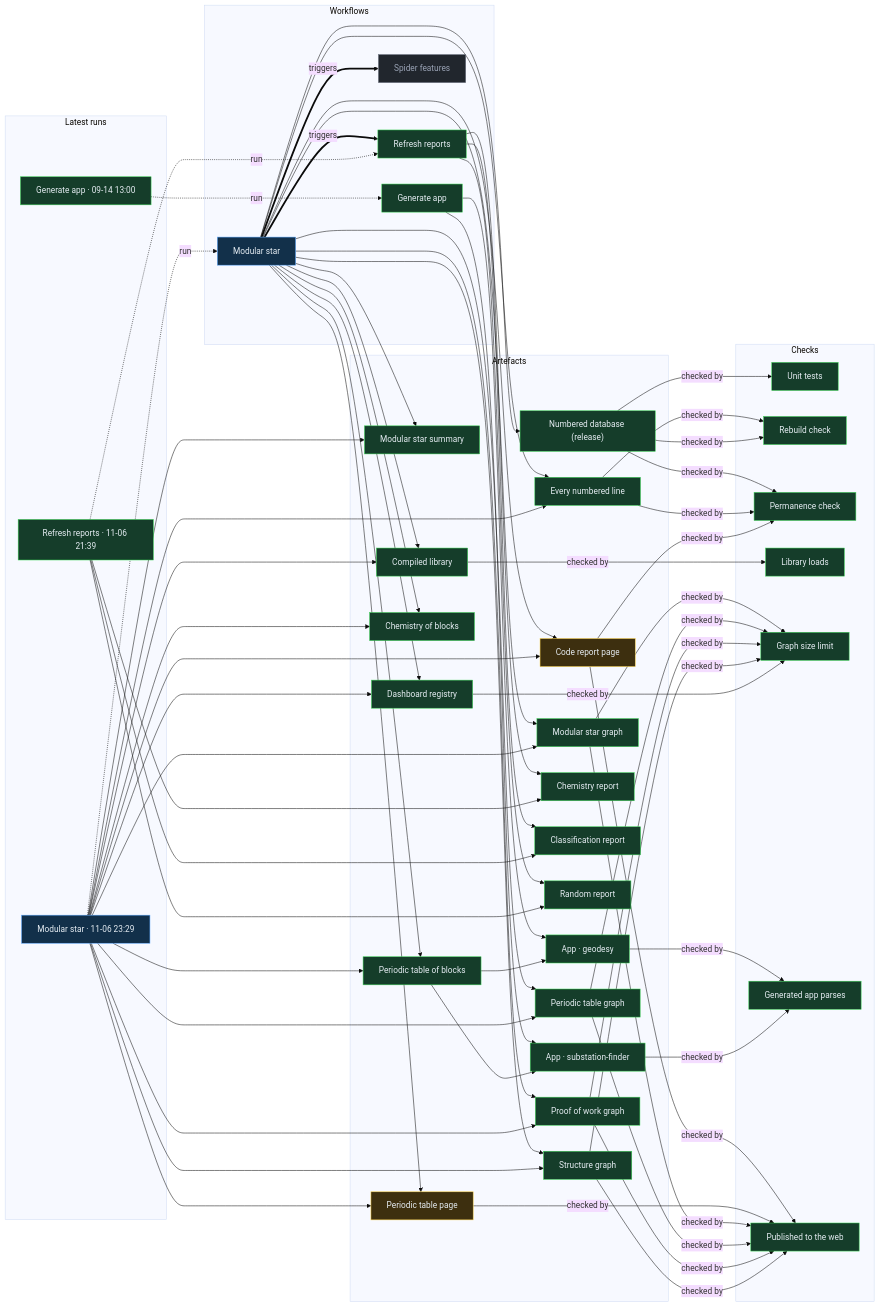
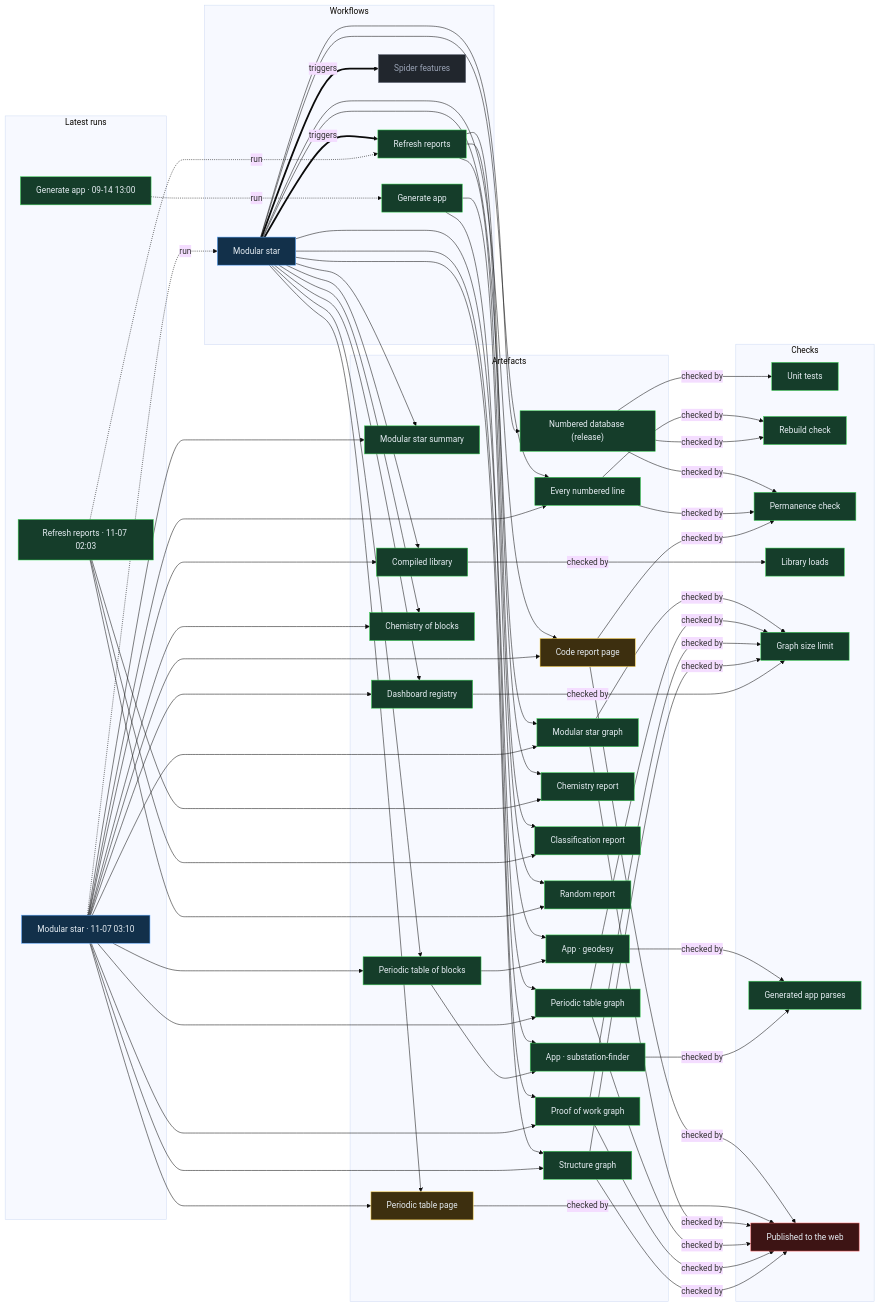
Before and after one commit to Ventusltd/stars: the diagram in proof/PROOF.md, drawn with Mermaid (base theme). The commit also changed other lines of this file and 34 other files, not shown here.

Commit message:
Modular star 2026-11-07T03:13Z

```diff
--- a/proof/PROOF.md
+++ b/proof/PROOF.md
@@ -24,8 +24,8 @@
   n_wf_spider_features["Spider features"]:::off
   end
   subgraph g_runs["Latest runs"]
-  n_run_42312199753["Modular star · 11-06 23:29"]:::live
-  n_run_42298492697["Refresh reports · 11-06 21:39"]:::ok
+  n_run_42332738516["Modular star · 11-07 03:10"]:::live
+  n_run_42327289651["Refresh reports · 11-07 02:03"]:::ok
   n_run_34846587798["Generate app · 09-14 13:00"]:::ok
   end
   subgraph g_artefacts["Artefacts"]
@@ -55,43 +55,43 @@
   n_chk_library["Library loads"]:::ok
   n_chk_size["Graph size limit"]:::ok
   n_chk_parses["Generated app parses"]:::ok
-  n_chk_pages["Published to the web"]:::ok
+  n_chk_pages["Published to the web"]:::fail
   end
   n_wf_modular_star == triggers ==> n_wf_refresh
   n_wf_modular_star == triggers ==> n_wf_spider_features
-  n_run_42312199753 -. run .-> n_wf_modular_star
-  n_run_42298492697 -. run .-> n_wf_refresh
+  n_run_42332738516 -. run .-> n_wf_modular_star
+  n_run_42327289651 -. run .-> n_wf_refresh
   n_run_34846587798 -. run .-> n_wf_generate
   n_wf_modular_star --> n_art_summary
-  n_run_42312199753 --> n_art_summary
+  n_run_42332738516 --> n_art_summary
   n_wf_modular_star --> n_art_lines
-  n_run_42312199753 --> n_art_lines
+  n_run_42332738516 --> n_art_lines
   n_wf_modular_star --> n_art_code
-  n_run_42312199753 --> n_art_code
+  n_run_42332738516 --> n_art_code
   n_wf_modular_star --> n_art_modular_graph
-  n_run_42312199753 --> n_art_modular_graph
+  n_run_42332738516 --> n_art_modular_graph
   n_wf_modular_star --> n_art_blocks
-  n_run_42312199753 --> n_art_blocks
+  n_run_42332738516 --> n_art_blocks
   n_wf_modular_star --> n_art_table
-  n_run_42312199753 --> n_art_table
+  n_run_42332738516 --> n_art_table
   n_wf_modular_star --> n_art_blocks_graph
-  n_run_42312199753 --> n_art_blocks_graph
+  n_run_42332738516 --> n_art_blocks_graph
   n_wf_modular_star --> n_art_reactions
-  n_run_42312199753 --> n_art_reactions
+  n_run_42332738516 --> n_art_reactions
   n_wf_modular_star --> n_art_library
-  n_run_42312199753 --> n_art_library
+  n_run_42332738516 --> n_art_library
   n_wf_modular_star --> n_art_features
-  n_run_42312199753 --> n_art_features
+  n_run_42332738516 --> n_art_features
   n_wf_modular_star --> n_art_proof
-  n_run_42312199753 --> n_art_proof
+  n_run_42332738516 --> n_art_proof
   n_wf_modular_star --> n_art_structure
-  n_run_42312199753 --> n_art_structure
+  n_run_42332738516 --> n_art_structure
   n_wf_refresh --> n_art_chemistry
-  n_run_42298492697 --> n_art_chemistry
+  n_run_42327289651 --> n_art_chemistry
   n_wf_refresh --> n_art_vedic
-  n_run_42298492697 --> n_art_vedic
+  n_run_42327289651 --> n_art_vedic
   n_wf_refresh --> n_art_random
-  n_run_42298492697 --> n_art_random
+  n_run_42327289651 --> n_art_random
   n_wf_modular_star --> n_art_release
   n_wf_generate --> n_app_geodesy
   n_art_blocks --> n_app_geodesy
```
